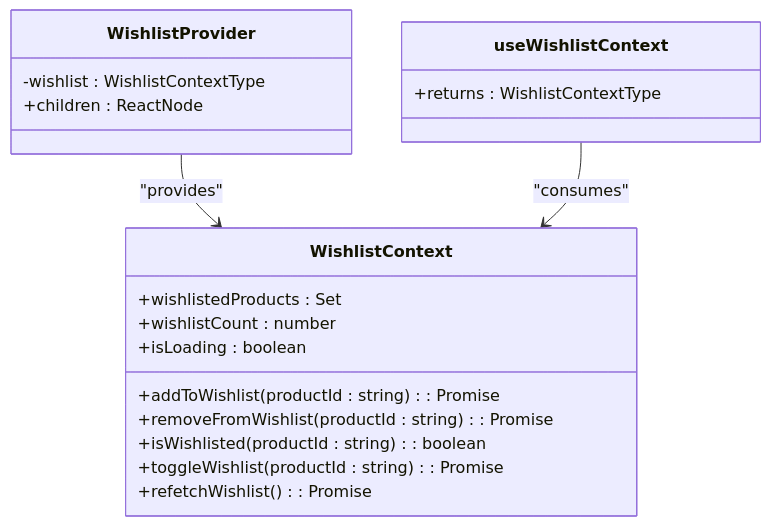
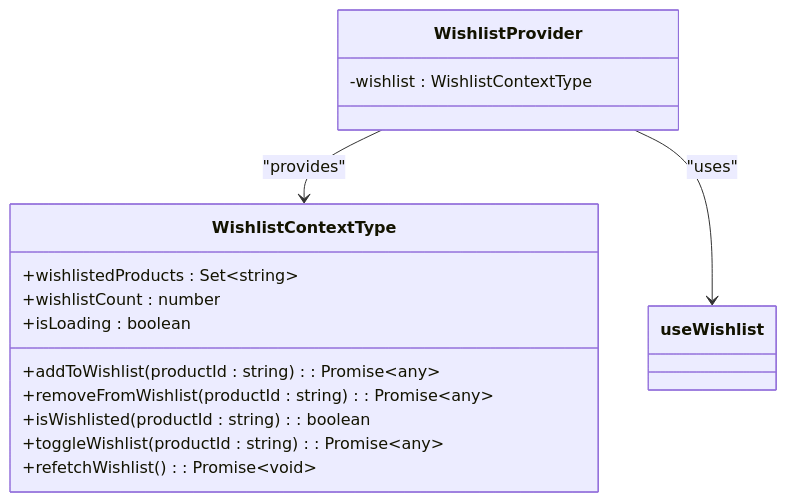
One commit to sleekapparels-admin/sleekapp-v100 changed the second of 10 diagrams in .qoder/repowiki/en/content/Frontend Architecture/State Management.md. Above: the diagram before and after it, drawn with Mermaid. The commit also changed other lines of this file and 337 other files, not shown here.

````diff
--- a/.qoder/repowiki/en/content/Frontend Architecture/State Management.md
+++ b/.qoder/repowiki/en/content/Frontend Architecture/State Management.md
@@ -71,22 +89,18 @@
 ```mermaid
 classDiagram
-class WishlistContext {
-+wishlistedProducts : Set<string>
+class WishlistContextType {
++wishlistedProducts : Set~string~
 +wishlistCount : number
 +isLoading : boolean
-+addToWishlist(productId : string) : Promise<any>
-+removeFromWishlist(productId : string) : Promise<any>
++addToWishlist(productId : string) : Promise~any~
++removeFromWishlist(productId : string) : Promise~any~
 +isWishlisted(productId : string) : boolean
-+toggleWishlist(productId : string) : Promise<any>
-+refetchWishlist() : Promise<void>
++toggleWishlist(productId : string) : Promise~any~
++refetchWishlist() : Promise~void~
 }
 class WishlistProvider {
 -wishlist : WishlistContextType
-+children : ReactNode
 }
-class useWishlistContext {
-+returns : WishlistContextType
-}
-WishlistProvider --> WishlistContext : "provides"
-useWishlistContext --> WishlistContext : "consumes"
+WishlistProvider --> WishlistContextType : "provides"
+WishlistProvider --> useWishlist : "uses"
 ```
````
